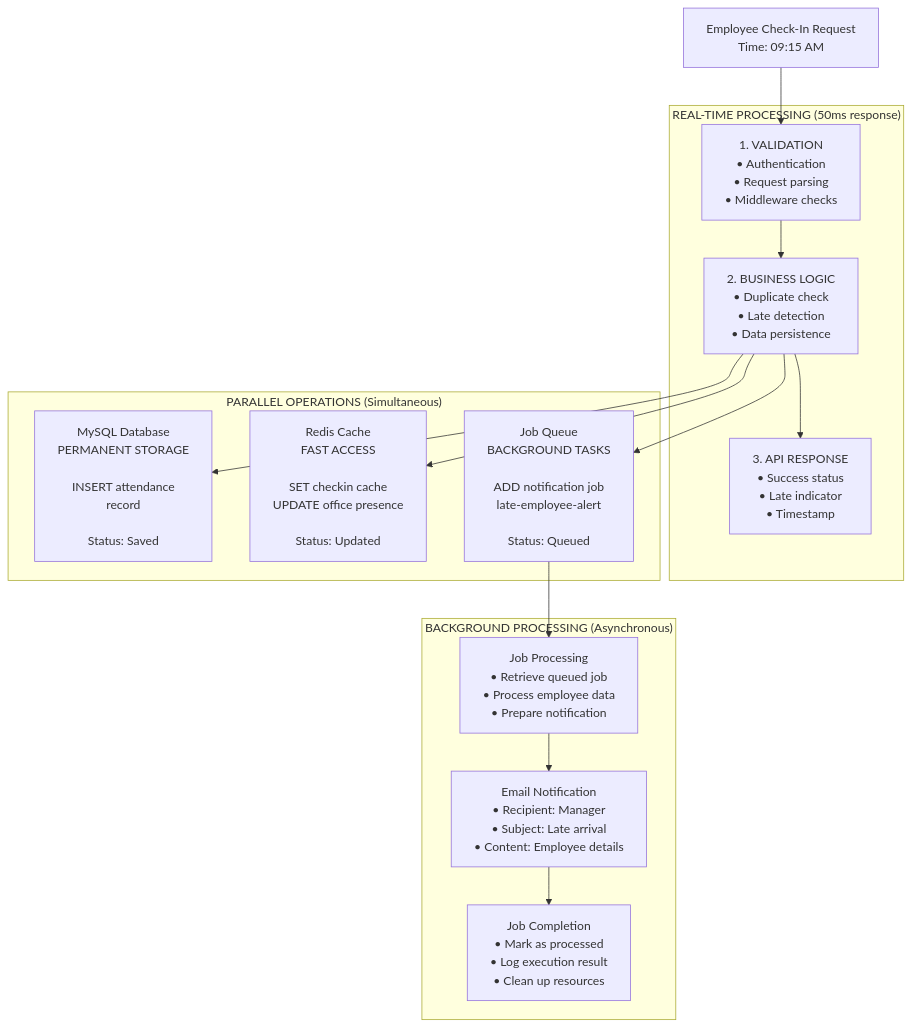
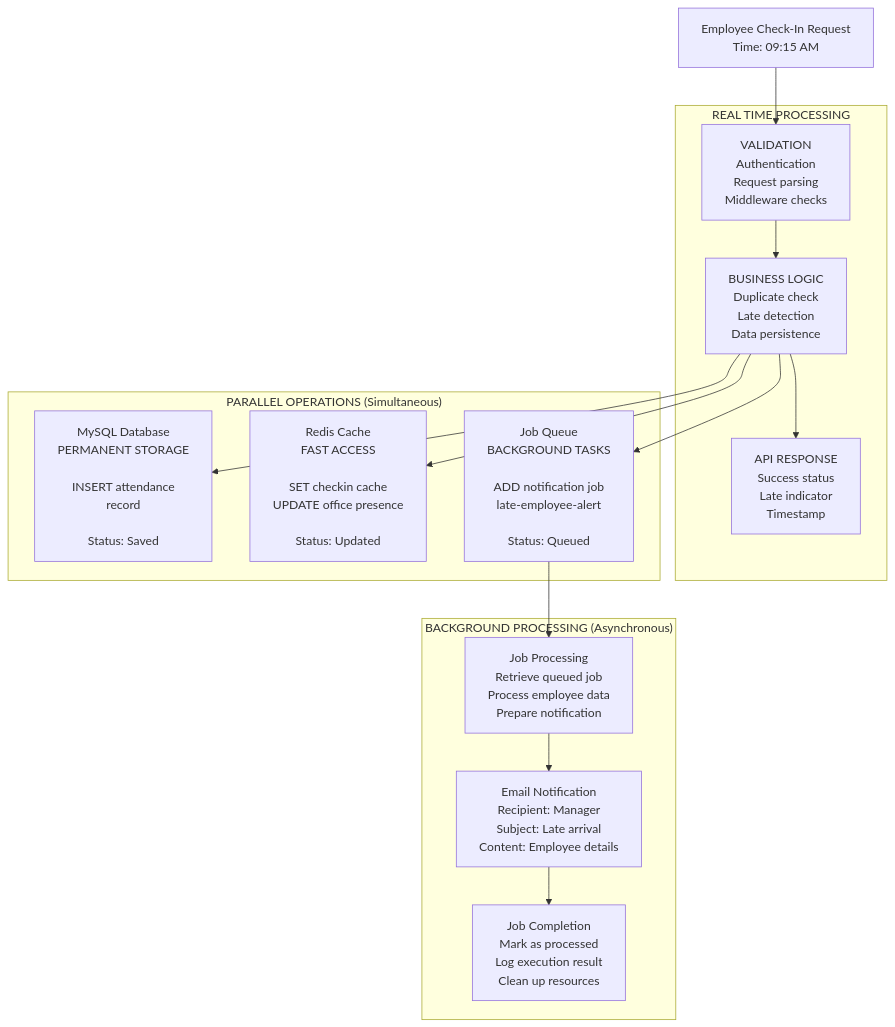
One commit to Frax404NF/attendance-system-api changed the second of 4 diagrams in README.md. Above: the diagram before and after it, drawn with Mermaid. The commit also changed other lines of this file, not shown here.

Commit message:
fix: fix Mermaid diagrams minor bugs

````diff
--- a/README.md
+++ b/README.md
@@ -570,32 +570,32 @@
 ```mermaid
-graph TD
-    Start[Employee Check-In Request<br/>Time: 09:15 AM]
-
-    subgraph RealTime["REAL-TIME PROCESSING (50ms response)"]
-        Validate[1. VALIDATION<br/>• Authentication<br/>• Request parsing<br/>• Middleware checks]
-        BusinessLogic[2. BUSINESS LOGIC<br/>• Duplicate check<br/>• Late detection<br/>• Data persistence]
-        Respond[3. API RESPONSE<br/>• Success status<br/>• Late indicator<br/>• Timestamp]
-    end
-
-    subgraph Parallel["PARALLEL OPERATIONS (Simultaneous)"]
-        MySQL[MySQL Database<br/>PERMANENT STORAGE<br/><br/>INSERT attendance<br/>record<br/><br/>Status: Saved]
-        Redis[Redis Cache<br/>FAST ACCESS<br/><br/>SET checkin cache<br/>UPDATE office presence<br/><br/>Status: Updated]
-        Queue[Job Queue<br/>BACKGROUND TASKS<br/><br/>ADD notification job<br/>late-employee-alert<br/><br/>Status: Queued]
-    end
-
-    subgraph Background["BACKGROUND PROCESSING (Asynchronous)"]
-        WorkerPick[Job Processing<br/>• Retrieve queued job<br/>• Process employee data<br/>• Prepare notification]
-        SendEmail[Email Notification<br/>• Recipient: Manager<br/>• Subject: Late arrival<br/>• Content: Employee details]
-        Complete[Job Completion<br/>• Mark as processed<br/>• Log execution result<br/>• Clean up resources]
-    end
-
-    Start --> Validate
-    Validate --> BusinessLogic
-    BusinessLogic --> Respond
-    BusinessLogic --> MySQL
-    BusinessLogic --> Redis
-    BusinessLogic --> Queue
-    Queue --> WorkerPick
-    WorkerPick --> SendEmail
+graph TD 
+    Start["Employee Check-In Request<br/>Time: 09:15 AM"] 
+ 
+    subgraph RealTime ["REAL TIME PROCESSING"]
+        Validate["VALIDATION<br/>Authentication<br/>Request parsing<br/>Middleware checks"] 
+        BusinessLogic["BUSINESS LOGIC<br/>Duplicate check<br/>Late detection<br/>Data persistence"] 
+        Respond["API RESPONSE<br/>Success status<br/>Late indicator<br/>Timestamp"] 
+    end 
+ 
+    subgraph Parallel ["PARALLEL OPERATIONS (Simultaneous)"]
+        MySQL["MySQL Database<br/>PERMANENT STORAGE<br/><br/>INSERT attendance<br/>record<br/><br/>Status: Saved"] 
+        Redis["Redis Cache<br/>FAST ACCESS<br/><br/>SET checkin cache<br/>UPDATE office presence<br/><br/>Status: Updated"] 
+        Queue["Job Queue<br/>BACKGROUND TASKS<br/><br/>ADD notification job<br/>late-employee-alert<br/><br/>Status: Queued"] 
+    end 
+ 
+    subgraph Background ["BACKGROUND PROCESSING (Asynchronous)"]
+        WorkerPick["Job Processing<br/>Retrieve queued job<br/>Process employee data<br/>Prepare notification"] 
+        SendEmail["Email Notification<br/>Recipient: Manager<br/>Subject: Late arrival<br/>Content: Employee details"] 
+        Complete["Job Completion<br/>Mark as processed<br/>Log execution result<br/>Clean up resources"] 
+    end 
+ 
+    Start --> Validate 
+    Validate --> BusinessLogic 
+    BusinessLogic --> Respond 
+    BusinessLogic --> MySQL 
+    BusinessLogic --> Redis 
+    BusinessLogic --> Queue 
+    Queue --> WorkerPick 
+    WorkerPick --> SendEmail 
     SendEmail --> Complete
 ```
````
